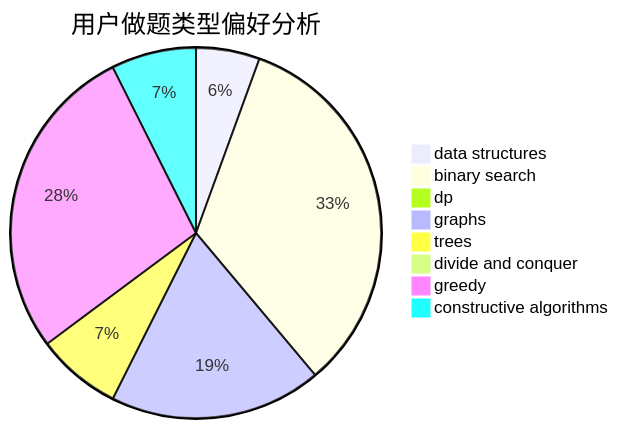
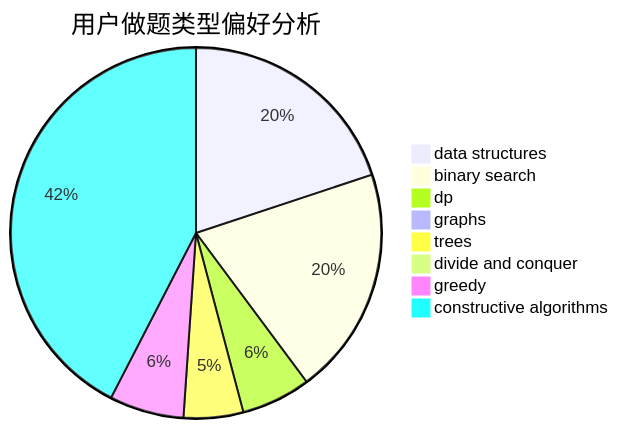
The second of 3 diagrams in docs/user/u114.md (sherpahu/cfrs.github.io), drawn with Mermaid before and after one commit. The commit also changed other lines of this file and 2770 other files, not shown here.

````diff
--- a/docs/user/u114.md
+++ b/docs/user/u114.md
@@ -23,11 +23,11 @@
 ```mermaid
 pie title 用户做题类型偏好分析
-    "data structures" :  3
-    "binary search" :  18
-    "dp" :  0
-    "graphs" :  10
-    "trees" :  4
+    "data structures" :  46
+    "binary search" :  46
+    "dp" :  14
+    "graphs" :  0
+    "trees" :  12
     "divide and conquer" :  0
     "greedy" :  15
-    "constructive algorithms" :  4
+    "constructive algorithms" :  98
 ```
````
